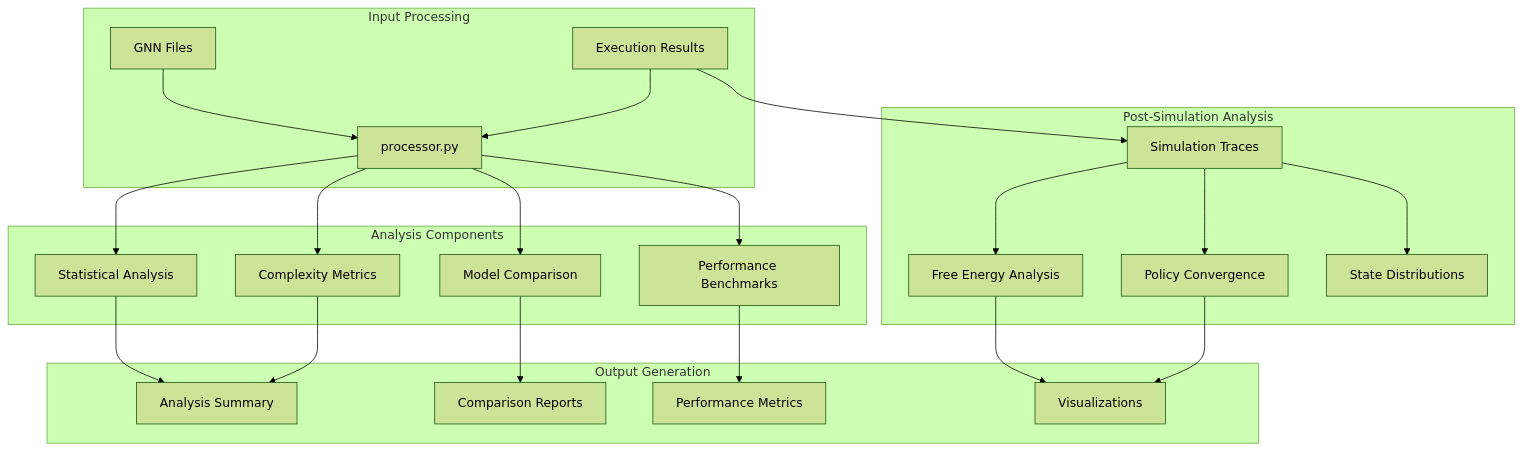
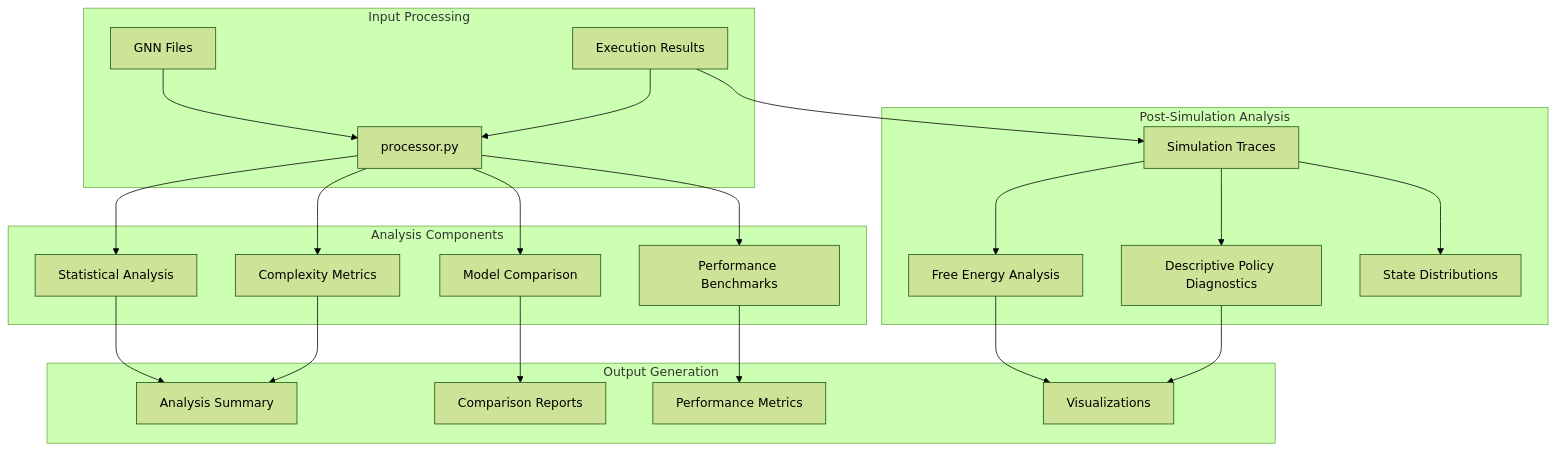
Before and after one commit to ActiveInferenceInstitute/Generalized_Notation_Notation: the first of 3 diagrams in src/gnn/analysis/README.md, drawn with Mermaid (forest theme). The commit also changed 22 other files, not shown here.

````diff
--- a/src/gnn/analysis/README.md
+++ b/src/gnn/analysis/README.md
@@ -33,49 +33,49 @@
 ```mermaid
 graph TB
     subgraph "Input Processing"
         GNNFiles[GNN Files]
         ExecResults[Execution Results]
         Processor[processor.py]
     end
     
     subgraph "Analysis Components"
         Statistical[Statistical Analysis]
         Complexity[Complexity Metrics]
         Performance[Performance Benchmarks]
         Comparison[Model Comparison]
     end
     
     subgraph "Post-Simulation Analysis"
         Traces[Simulation Traces]
         FreeEnergy[Free Energy Analysis]
-        Policy[Policy Convergence]
+        Policy[Descriptive Policy Diagnostics]
         StateDist[State Distributions]
     end
     
     subgraph "Output Generation"
         Summary[Analysis Summary]
         Reports[Comparison Reports]
         Metrics[Performance Metrics]
         Visualizations[Visualizations]
     end
     
     GNNFiles --> Processor
     ExecResults --> Processor
     
     Processor --> Statistical
     Processor --> Complexity
     Processor --> Performance
     Processor --> Comparison
     
     ExecResults --> Traces
     Traces --> FreeEnergy
     Traces --> Policy
     Traces --> StateDist
     
     Statistical --> Summary
     Complexity --> Summary
     Performance --> Metrics
     Comparison --> Reports
     FreeEnergy --> Visualizations
     Policy --> Visualizations
 ```
````
